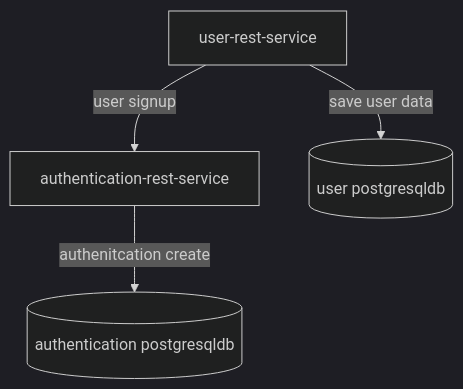
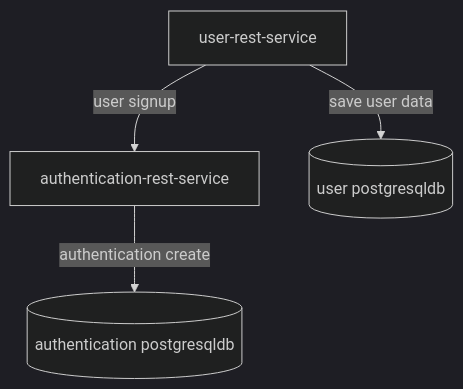
Before and after one commit to sonamsamdupkhangsar/user-rest-service: the first of 2 diagrams in README.md, drawn with Mermaid (dark theme).

````diff
--- a/README.md
+++ b/README.md
@@ -76,6 +76,6 @@
 ```mermaid
 flowchart TD
     A[user-rest-service] -->|user signup| B[authentication-rest-service]
-    B -->|authenitcation create| C[(authentication postgresqldb)]    
+    B -->|authentication create| C[(authentication postgresqldb)]    
     A --> | save user data| D[(user postgresqldb)]
 ```
````
